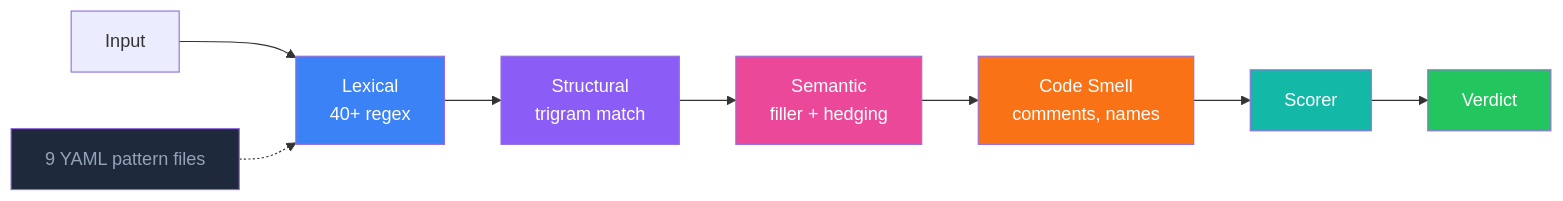
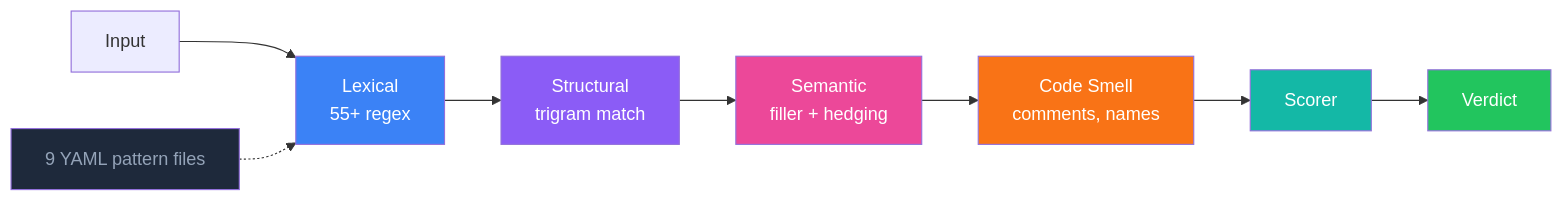
Before and after one commit to aislopguardian/slopguardian-action: the third of 3 diagrams in README.md, drawn with Mermaid. The commit also changed other lines of this file and 4 other files, not shown here.

````diff
--- a/README.md
+++ b/README.md
@@ -142,14 +142,14 @@
 ```mermaid
 flowchart LR
-    IN["Input"] --> LEX["Lexical\n40+ regex"] --> STR["Structural\ntrigram match"] --> SEM["Semantic\nfiller + hedging"] --> CS["Code Smell\ncomments, names"] --> SC["Scorer"] --> OUT["Verdict"]
+    IN["Input"] --> LEX["Lexical\n55+ regex"] --> STR["Structural\ntrigram match"] --> SEM["Semantic\nfiller + hedging"] --> CS["Code Smell\ncomments, names"] --> SC["Scorer"] --> OUT["Verdict"]
 
     YAML["9 YAML pattern files"] -.-> LEX
 
     style LEX fill:#3b82f6,color:#fff
     style STR fill:#8b5cf6,color:#fff
     style SEM fill:#ec4899,color:#fff
     style CS fill:#f97316,color:#fff
     style SC fill:#14b8a6,color:#fff
     style OUT fill:#22c55e,color:#fff
     style YAML fill:#1e293b,color:#94a3b8
 ```
````
